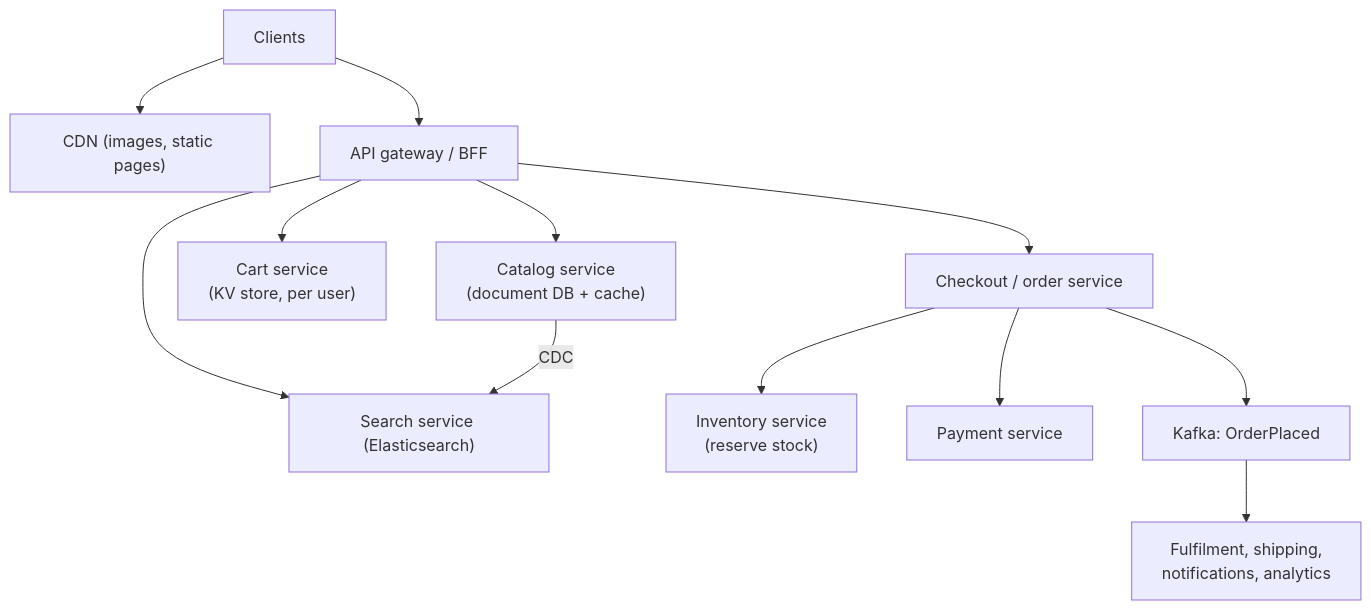
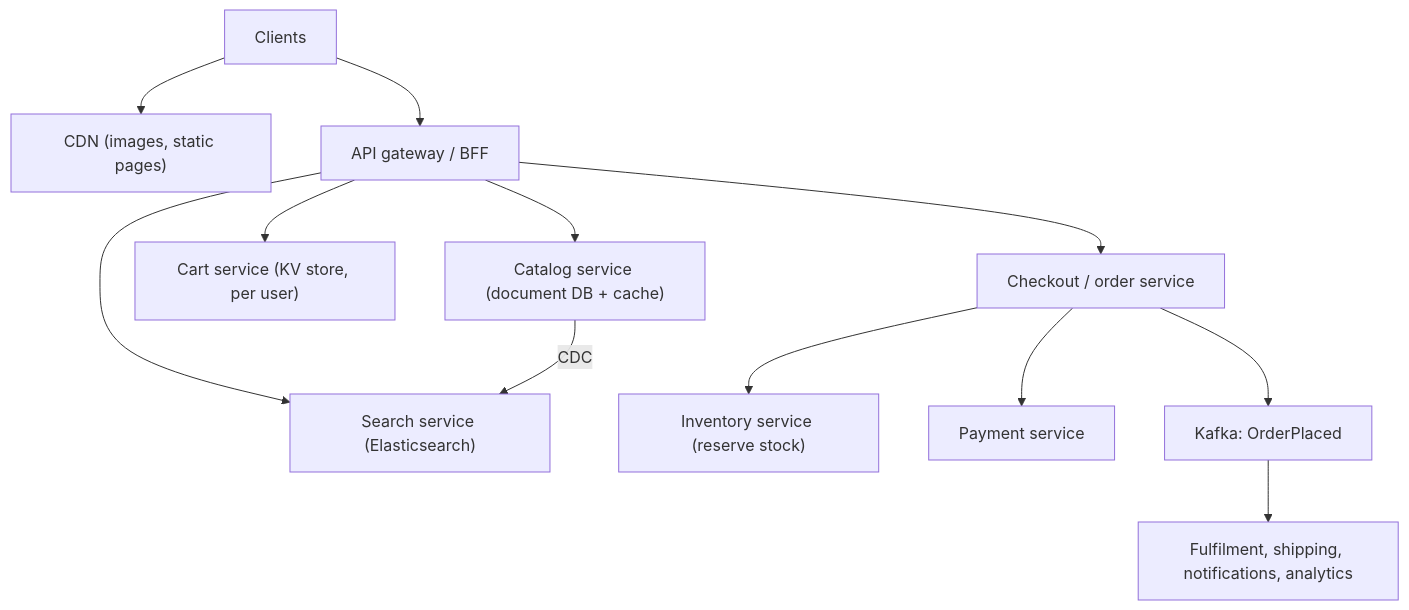
Before and after one commit to AkshayAshokCode/System-Design-Interview-Questions-and-Answers: the eighth of 20 diagrams in topics/18-designs-location-commerce.md, drawn with Mermaid. The commit also changed other lines of this file and 4 other files, not shown here.

````diff
--- a/topics/18-designs-location-commerce.md
+++ b/topics/18-designs-location-commerce.md
@@ -164,14 +714,14 @@
 ```mermaid
 flowchart TD
     C["Clients"] --> CDN["CDN (images, static pages)"]
     C --> GW["API gateway / BFF"]
-    GW --> CAT["Catalog service<br/>(document DB + cache)"]
+    GW --> CAT["Catalog service (document DB + cache)"]
     GW --> SRCH["Search service (Elasticsearch)"]
-    GW --> CART["Cart service<br/>(KV store, per user)"]
+    GW --> CART["Cart service (KV store, per user)"]
     GW --> CHK["Checkout / order service"]
-    CHK --> INV["Inventory service<br/>(reserve stock)"]
+    CHK --> INV["Inventory service (reserve stock)"]
     CHK --> PAY["Payment service"]
     CHK --> K["Kafka: OrderPlaced"]
-    K --> FUL["Fulfilment, shipping,<br/>notifications, analytics"]
+    K --> FUL["Fulfilment, shipping, notifications, analytics"]
     CAT -->|"CDC"| SRCH
 ```
````
